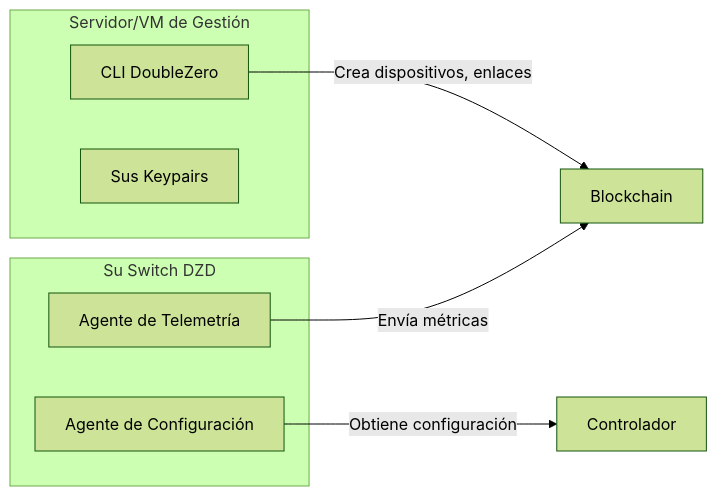
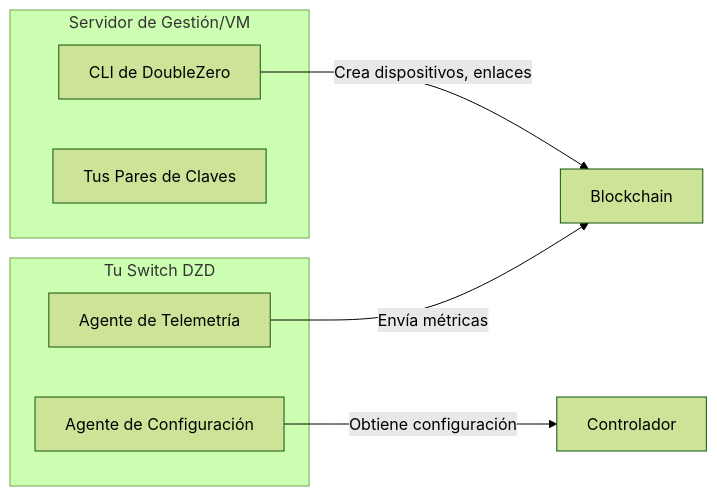
Before and after one commit to malbeclabs/docs: the third of 13 diagrams in docs/contribute-provisioning.es.md, drawn with Mermaid (forest theme). The commit also changed other lines of this file and 160 other files, not shown here.

````diff
--- a/docs/contribute-provisioning.es.md
+++ b/docs/contribute-provisioning.es.md
@@ -134,16 +173,16 @@
     ```mermaid
     flowchart LR
-        subgraph "Servidor/VM de Gestión"
-            CLI[CLI DoubleZero]
-            KEYS[Sus Keypairs]
+        subgraph "Servidor de Gestión/VM"
+            CLI[CLI de DoubleZero]
+            KEYS[Tus Pares de Claves]
         end
 
-        subgraph "Su Switch DZD"
+        subgraph "Tu Switch DZD"
             CA[Agente de Configuración]
             TA[Agente de Telemetría]
         end
 
         CLI -->|Crea dispositivos, enlaces| BC[Blockchain]
         CA -->|Obtiene configuración| CTRL[Controlador]
         TA -->|Envía métricas| BC
     ```
````
